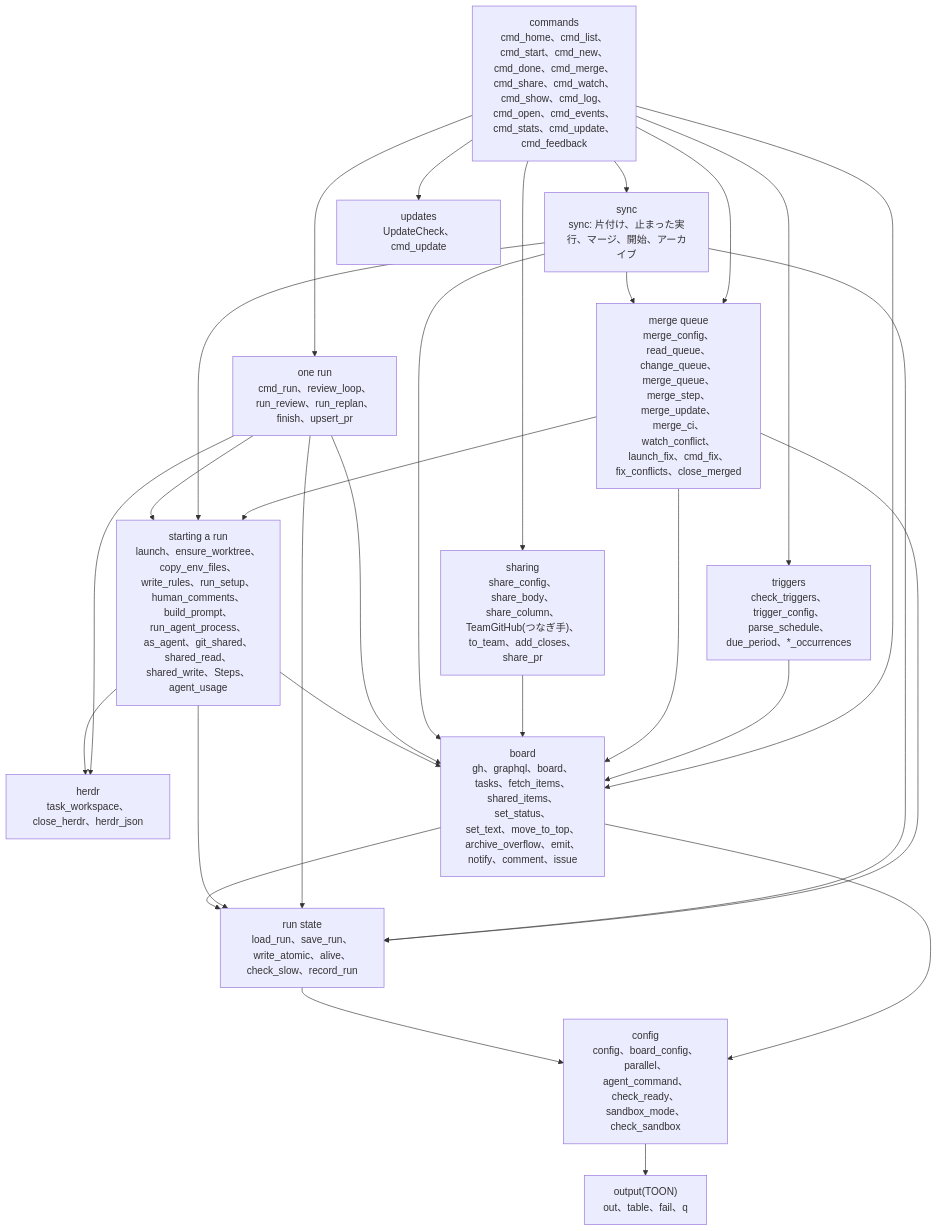
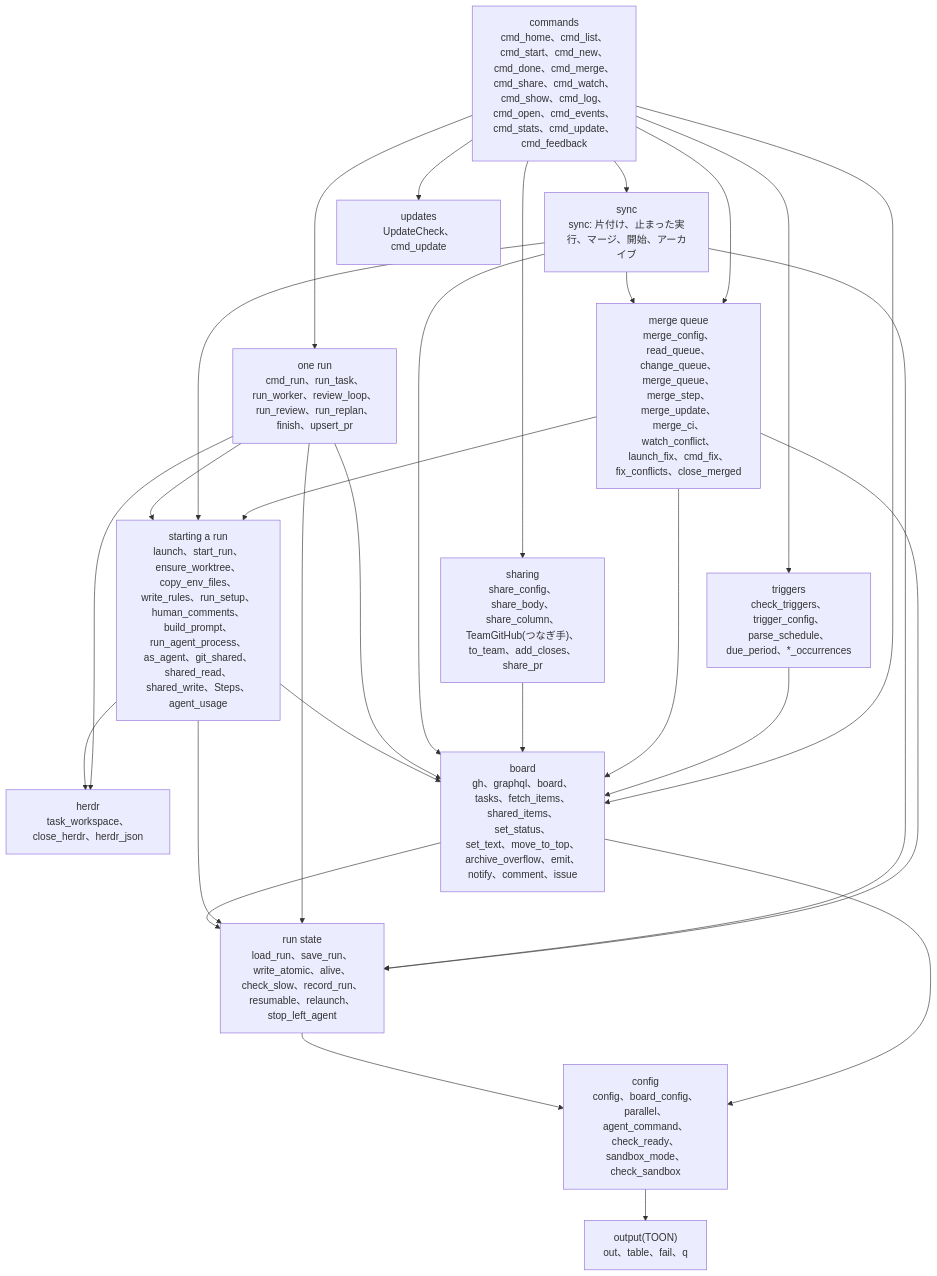
One commit to jyoka/task-hub changed the first of 9 diagrams in docs/architecture/lld.md. Above: the diagram before and after it, drawn with Mermaid. The commit also changed other lines of this file and 10 other files, not shown here.

````diff
--- a/docs/architecture/lld.md
+++ b/docs/architecture/lld.md
@@ -11,44 +11,44 @@
 ```mermaid
 flowchart TB
     commands["commands<br/>cmd_home、cmd_list、cmd_start、cmd_new、cmd_done、cmd_merge、cmd_share、cmd_watch、<br/>cmd_show、cmd_log、cmd_open、cmd_events、cmd_stats、cmd_update、cmd_feedback"]
     mergeq["merge queue<br/>merge_config、read_queue、change_queue、merge_queue、merge_step、merge_update、merge_ci、<br/>watch_conflict、launch_fix、cmd_fix、fix_conflicts、close_merged"]
     sharing["sharing<br/>share_config、share_body、share_column、TeamGitHub(つなぎ手)、to_team、add_closes、share_pr"]
     sync["sync<br/>sync: 片付け、止まった実行、マージ、開始、アーカイブ"]
-    runone["one run<br/>cmd_run、review_loop、run_review、run_replan、finish、upsert_pr"]
-    start["starting a run<br/>launch、ensure_worktree、copy_env_files、write_rules、run_setup、human_comments、build_prompt、<br/>run_agent_process、as_agent、git_shared、shared_read、shared_write、Steps、agent_usage"]
+    runone["one run<br/>cmd_run、run_task、run_worker、review_loop、run_review、run_replan、finish、upsert_pr"]
+    start["starting a run<br/>launch、start_run、ensure_worktree、copy_env_files、write_rules、run_setup、human_comments、build_prompt、<br/>run_agent_process、as_agent、git_shared、shared_read、shared_write、Steps、agent_usage"]
     herdr["herdr<br/>task_workspace、close_herdr、herdr_json"]
-    runstate["run state<br/>load_run、save_run、write_atomic、alive、check_slow、record_run"]
+    runstate["run state<br/>load_run、save_run、write_atomic、alive、check_slow、record_run、<br/>resumable、relaunch、stop_left_agent"]
     boardl["board<br/>gh、graphql、board、tasks、fetch_items、shared_items、set_status、<br/>set_text、move_to_top、archive_overflow、emit、notify、comment、issue"]
     config["config<br/>config、board_config、parallel、agent_command、check_ready、sandbox_mode、check_sandbox"]
     output["output(TOON)<br/>out、table、fail、q"]
     updates["updates<br/>UpdateCheck、cmd_update"]
     triggers["triggers<br/>check_triggers、trigger_config、parse_schedule、due_period、*_occurrences"]
 
     commands --> sync
     commands --> runone
     commands --> boardl
     commands --> updates
     commands --> triggers
     triggers --> boardl
     commands --> sharing
     commands --> mergeq
     sync --> mergeq
     mergeq --> start
     mergeq --> boardl
     mergeq --> runstate
     sharing --> boardl
     sync --> start
     sync --> boardl
     sync --> runstate
     runone --> start
     runone --> boardl
     runone --> runstate
     runone --> herdr
     start --> herdr
     start --> runstate
     start --> boardl
     boardl --> runstate
     boardl --> config
     runstate --> config
     config --> output
 ```
````
